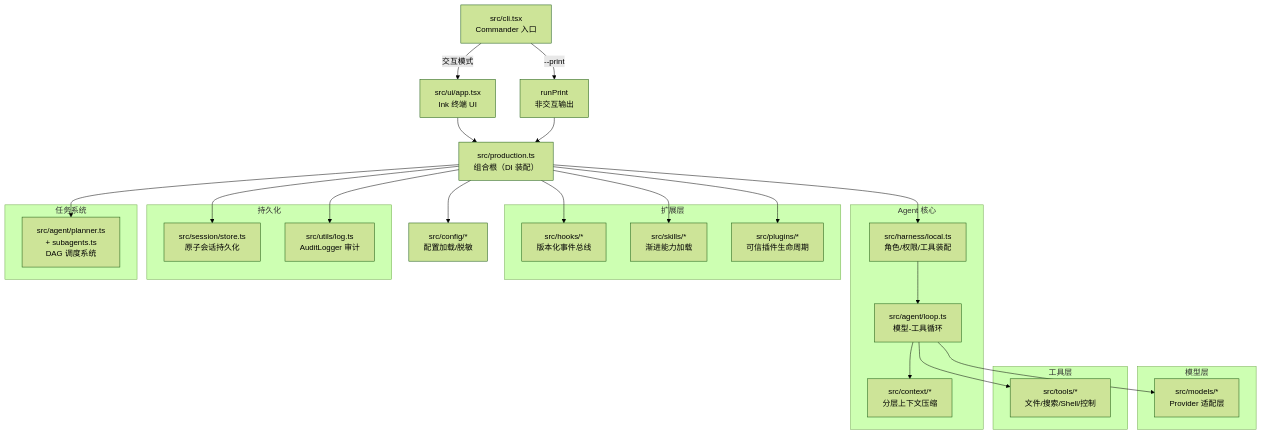
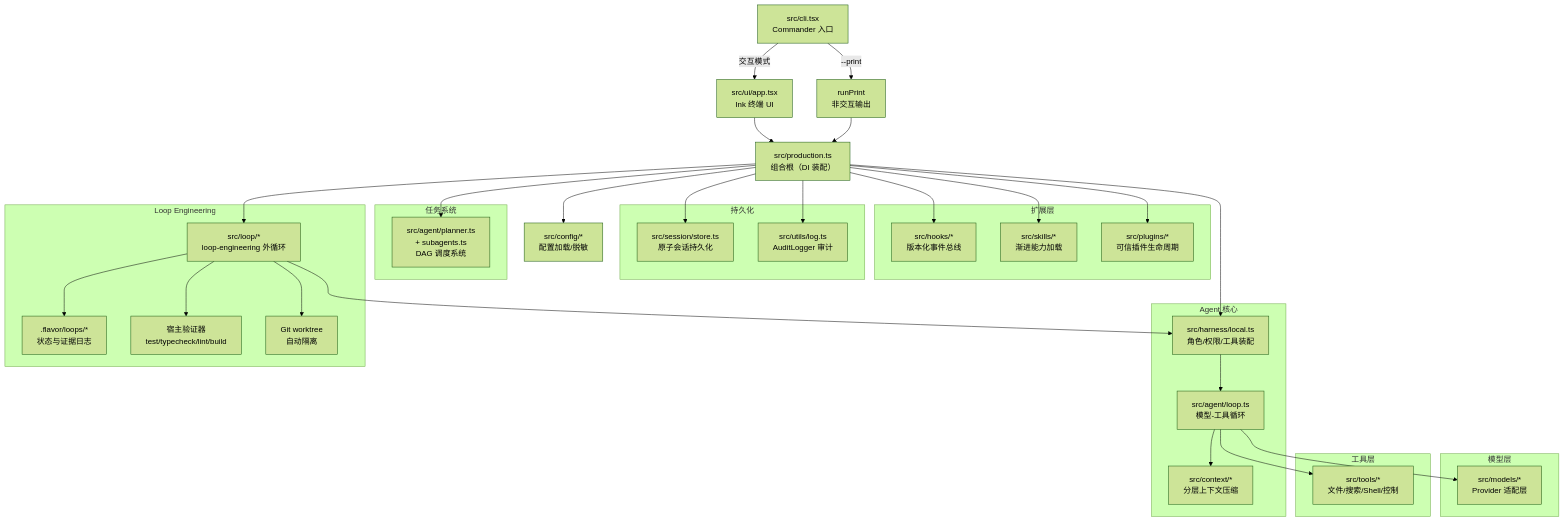
The first of 23 diagrams in 技术方案报告.md (YachuanWzh/flavor-code), drawn with Mermaid (forest theme) before and after one commit. The commit also changed other lines of this file and 28 other files, not shown here.

````diff
--- a/技术方案报告.md
+++ b/技术方案报告.md
@@ -49,51 +49,63 @@
 ```mermaid
 flowchart TD
     CLI["src/cli.tsx<br/>Commander 入口"]
     CLI -->|交互模式| UI["src/ui/app.tsx<br/>Ink 终端 UI"]
     CLI -->|--print| PRINT["runPrint<br/>非交互输出"]
     UI --> PROD["src/production.ts<br/>组合根（DI 装配）"]
     PRINT --> PROD
 
     PROD --> CFG["src/config/*<br/>配置加载/脱敏"]
     PROD --> HARNESS["src/harness/local.ts<br/>角色/权限/工具装配"]
     PROD --> TASK_SYS["src/agent/planner.ts<br/>+ subagents.ts<br/>DAG 调度系统"]
     PROD --> HOOKS["src/hooks/*<br/>版本化事件总线"]
     PROD --> SKILLS["src/skills/*<br/>渐进能力加载"]
     PROD --> PLUGINS["src/plugins/*<br/>可信插件生命周期"]
     PROD --> SESSION["src/session/store.ts<br/>原子会话持久化"]
     PROD --> AUDIT["src/utils/log.ts<br/>AuditLogger 审计"]
+    PROD --> OUTER["src/loop/*<br/>loop-engineering 外循环"]
 
     HARNESS --> LOOP["src/agent/loop.ts<br/>模型-工具循环"]
+    OUTER --> HARNESS
+    OUTER --> LOOP_STATE[".flavor/loops/*<br/>状态与证据日志"]
+    OUTER --> VERIFY["宿主验证器<br/>test/typecheck/lint/build"]
+    OUTER --> ISOLATE["Git worktree<br/>自动隔离"]
     LOOP --> CTX["src/context/*<br/>分层上下文压缩"]
     LOOP --> MODELS["src/models/*<br/>Provider 适配层"]
     LOOP --> TOOLS["src/tools/*<br/>文件/搜索/Shell/控制"]
 
     subgraph "Agent 核心"
         LOOP
         CTX
         HARNESS
     end
 
     subgraph "模型层"
         MODELS
     end
 
     subgraph "工具层"
         TOOLS
     end
 
     subgraph "扩展层"
         HOOKS
         SKILLS
         PLUGINS
     end
 
     subgraph "持久化"
         SESSION
         AUDIT
     end
 
     subgraph "任务系统"
         TASK_SYS
     end
+
+    subgraph "Loop Engineering"
+        OUTER
+        LOOP_STATE
+        VERIFY
+        ISOLATE
+    end
 ```
````
